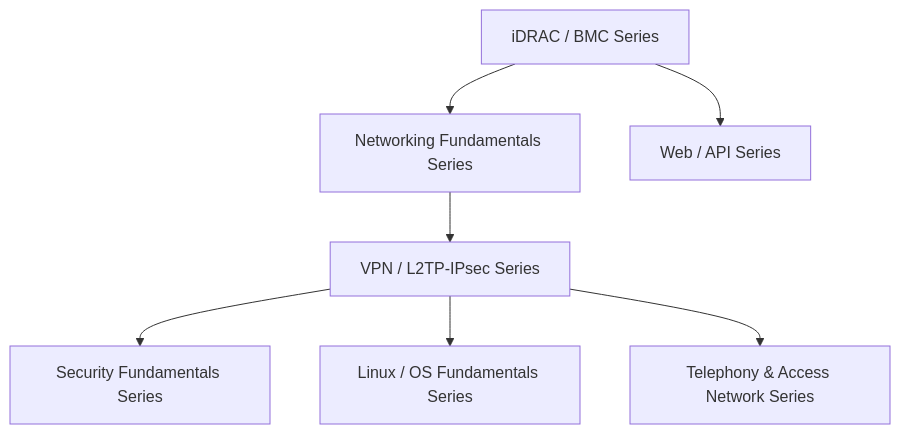
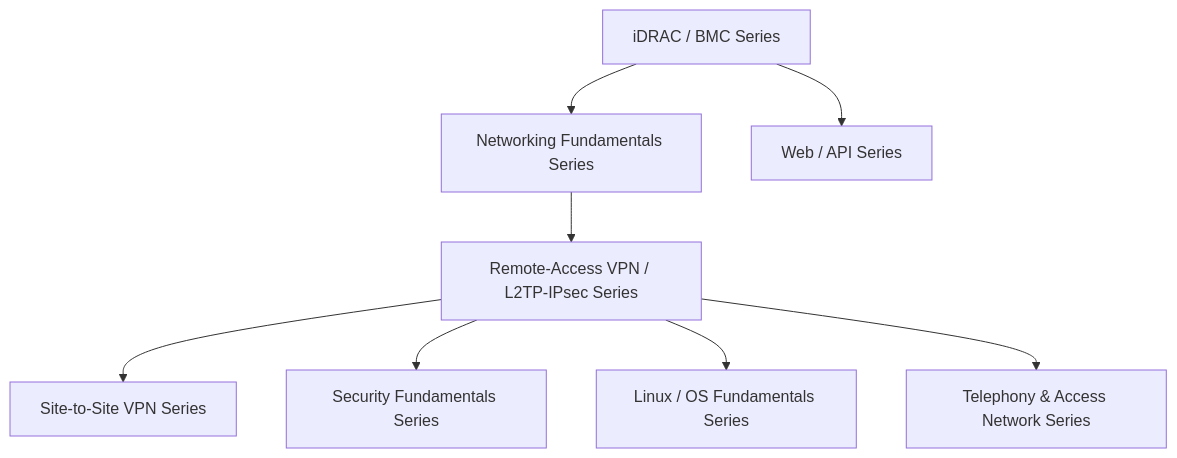
One commit to koikoi1998/koikoi-blog-20260723 changed the diagram in src/pages/en/sitemap.md. Above: the diagram before and after it, drawn with Mermaid. The commit also changed other lines of this file and 5 other files, not shown here.

````diff
--- a/src/pages/en/sitemap.md
+++ b/src/pages/en/sitemap.md
@@ -22,17 +22,19 @@
 ```mermaid
 graph TB
     Idrac["iDRAC / BMC Series"]
     Network["Networking Fundamentals Series"]
-    Vpn["VPN / L2TP-IPsec Series"]
+    Vpn["Remote-Access VPN / L2TP-IPsec Series"]
+    SiteToSite["Site-to-Site VPN Series"]
     Security["Security Fundamentals Series"]
     Linux["Linux / OS Fundamentals Series"]
     Telephony["Telephony & Access Network Series"]
     Api["Web / API Series"]
 
     Idrac --> Network
     Idrac --> Api
     Network --> Vpn
+    Vpn --> SiteToSite
     Vpn --> Security
     Vpn --> Linux
     Vpn --> Telephony
 ```
````
